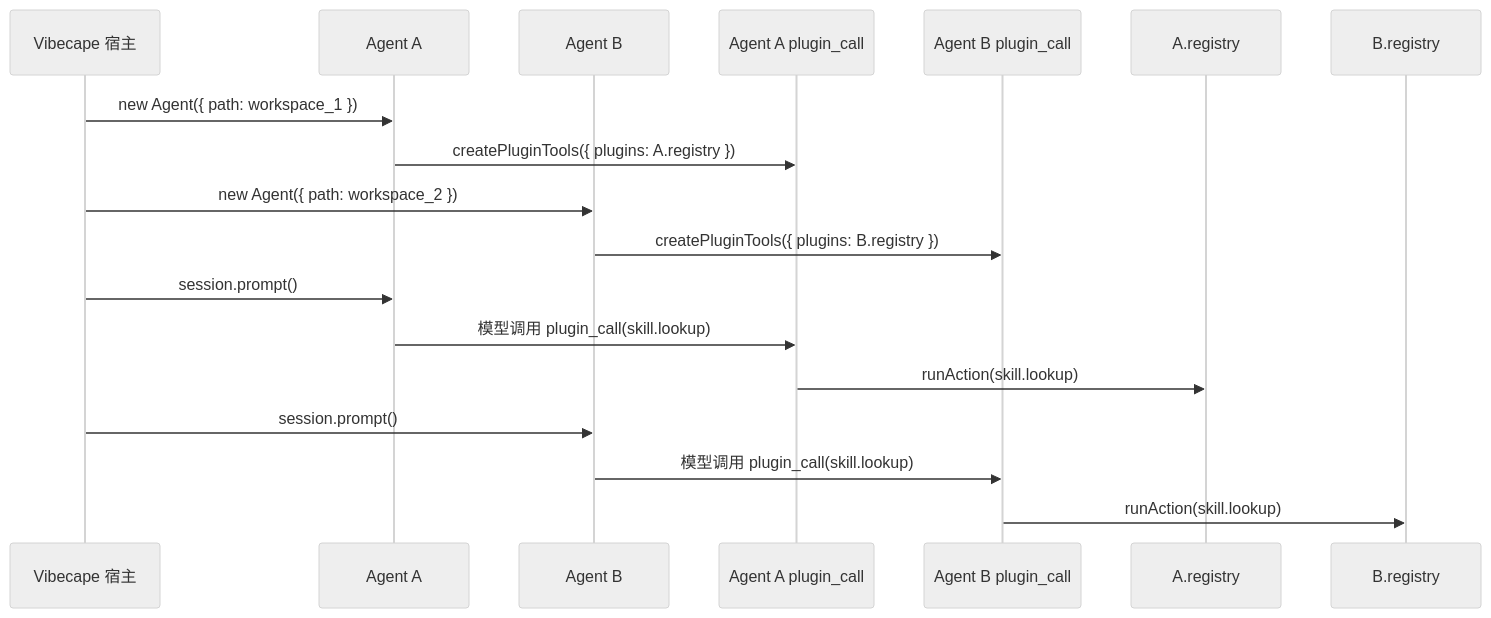
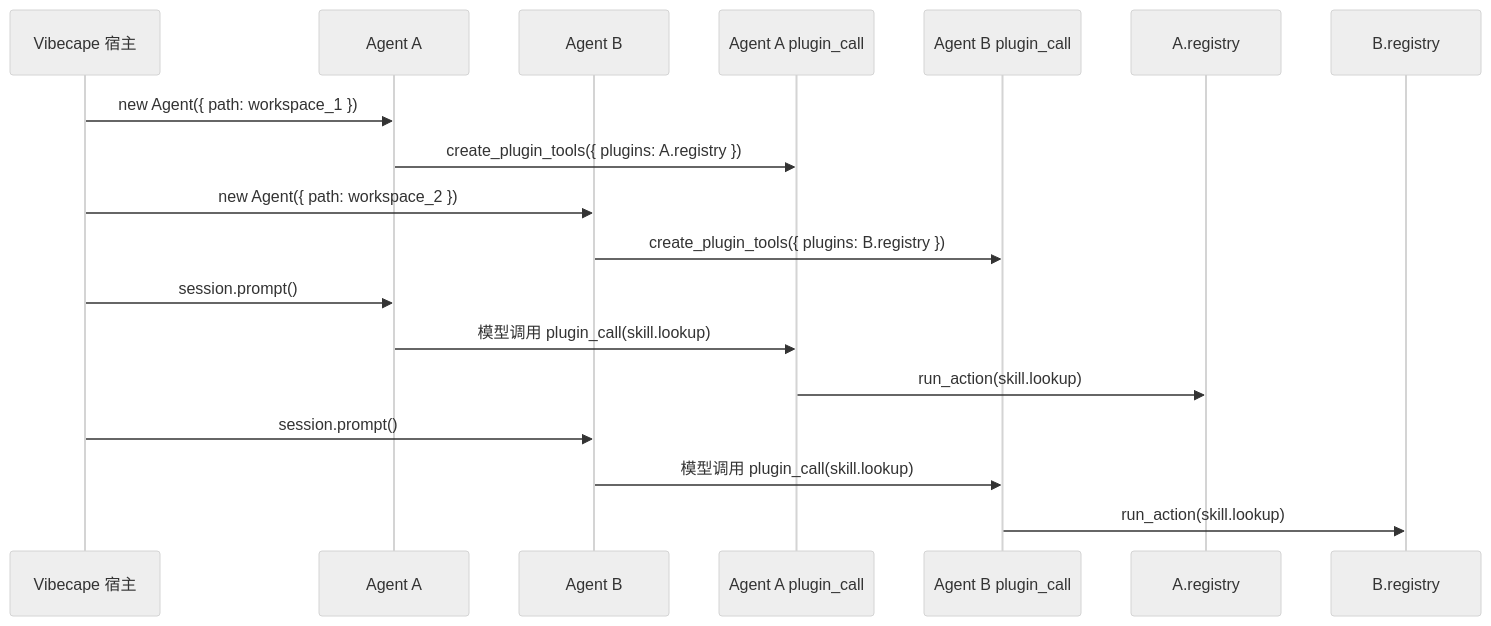
The seventh of 10 diagrams in docs/agent-plugin-runtime-redesign-prd.md (genesiscosmos/downcity), drawn with Mermaid (neutral theme) before and after one commit. The commit also changed other lines of this file and 107 other files, not shown here.

````diff
--- a/docs/agent-plugin-runtime-redesign-prd.md
+++ b/docs/agent-plugin-runtime-redesign-prd.md
@@ -410,21 +410,21 @@
 ```mermaid
 sequenceDiagram
   participant Host as Vibecape 宿主
   participant AgentA as Agent A
   participant AgentB as Agent B
   participant ToolA as Agent A plugin_call
   participant ToolB as Agent B plugin_call
   participant RegistryA as A.registry
   participant RegistryB as B.registry
 
   Host->>AgentA: new Agent({ path: workspace_1 })
-  AgentA->>ToolA: createPluginTools({ plugins: A.registry })
+  AgentA->>ToolA: create_plugin_tools({ plugins: A.registry })
   Host->>AgentB: new Agent({ path: workspace_2 })
-  AgentB->>ToolB: createPluginTools({ plugins: B.registry })
+  AgentB->>ToolB: create_plugin_tools({ plugins: B.registry })
   Host->>AgentA: session.prompt()
   AgentA->>ToolA: 模型调用 plugin_call(skill.lookup)
-  ToolA->>RegistryA: runAction(skill.lookup)
+  ToolA->>RegistryA: run_action(skill.lookup)
   Host->>AgentB: session.prompt()
   AgentB->>ToolB: 模型调用 plugin_call(skill.lookup)
-  ToolB->>RegistryB: runAction(skill.lookup)
+  ToolB->>RegistryB: run_action(skill.lookup)
 ```
````
